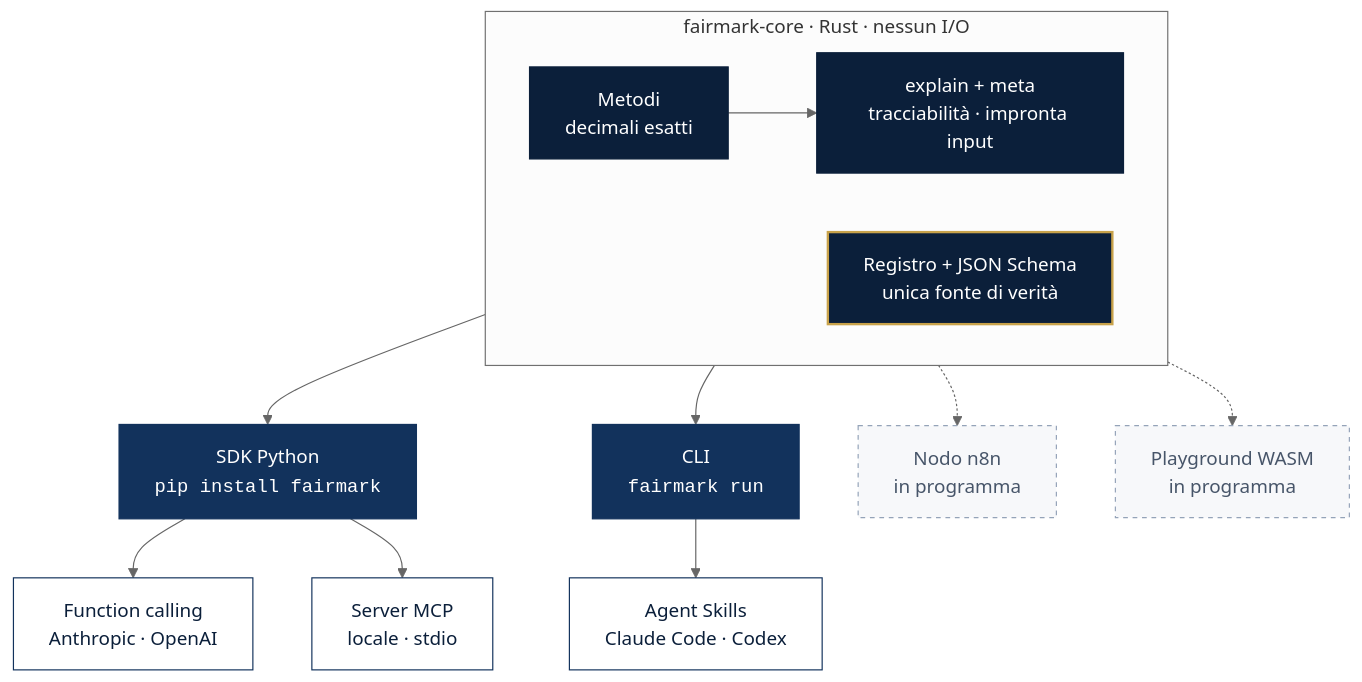
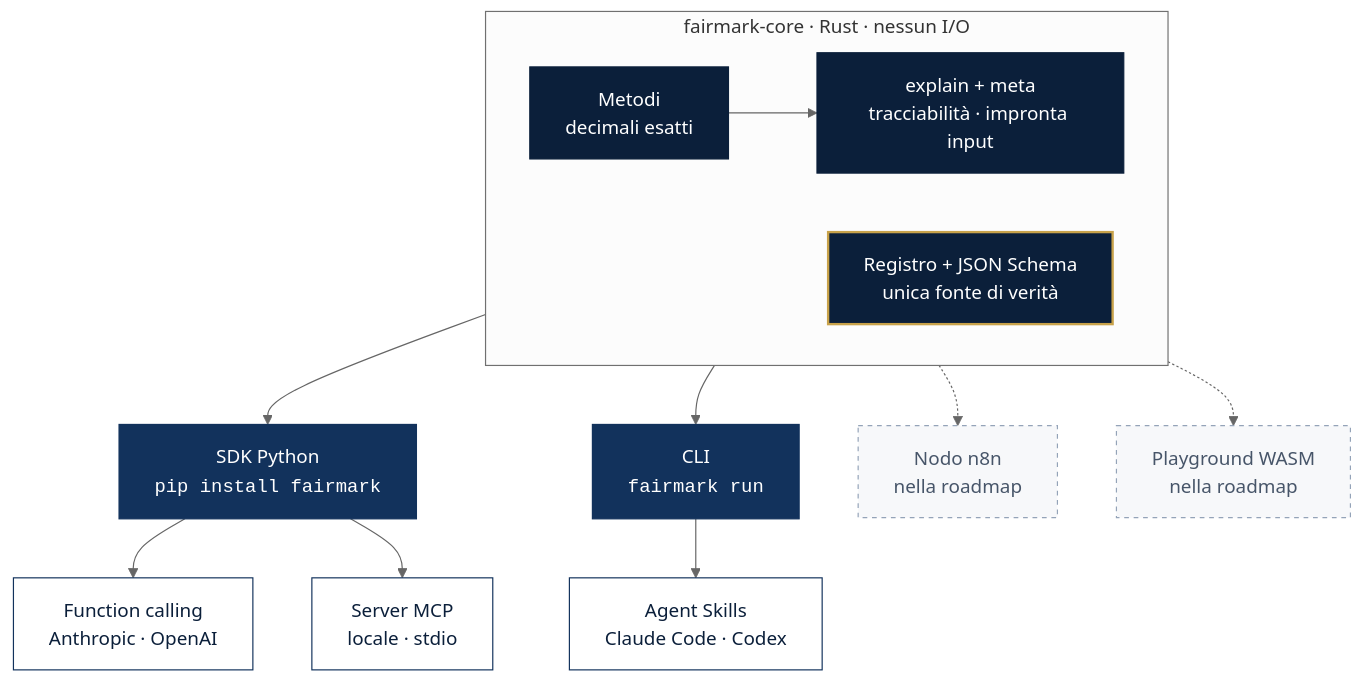
Before and after one commit to salvo8519/fairmark: the second of 2 diagrams in README.it.md, drawn with Mermaid (neutral theme). The commit also changed other lines of this file and 15 other files, not shown here.

````diff
--- a/README.it.md
+++ b/README.it.md
@@ -174,20 +192,20 @@
 ```mermaid
 flowchart TB
     subgraph CORE["fairmark-core · Rust · nessun I/O"]
         direction LR
         M["Metodi<br/>decimali esatti"]:::core --> E["explain + meta<br/>tracciabilità · impronta input"]:::core
         REG["Registro + JSON Schema<br/>unica fonte di verità"]:::gold
     end
     REG --> PY["SDK Python<br/><code>pip install fairmark</code>"]:::adapter
     REG --> CLI["CLI<br/><code>fairmark run</code>"]:::adapter
     PY --> FC["Function calling<br/>Anthropic · OpenAI"]:::agent
     PY --> MCP["Server MCP<br/>locale · stdio"]:::agent
     CLI --> SK["Agent Skills<br/>Claude Code · Codex"]:::agent
-    REG -.-> N8N["Nodo n8n<br/>in programma"]:::planned
-    REG -.-> WASM["Playground WASM<br/>in programma"]:::planned
+    REG -.-> N8N["Nodo n8n<br/>nella roadmap"]:::later
+    REG -.-> WASM["Playground WASM<br/>nella roadmap"]:::later
     classDef core fill:#0B1F3A,stroke:#0B1F3A,color:#FFFFFF
     classDef gold fill:#0B1F3A,stroke:#C8A24A,stroke-width:2px,color:#FFFFFF
     classDef adapter fill:#12325C,stroke:#12325C,color:#FFFFFF
     classDef agent fill:#FFFFFF,stroke:#12325C,color:#0B1F3A
-    classDef planned fill:#F7F8FA,stroke:#94A3B8,color:#475569,stroke-dasharray:4 4
+    classDef later fill:#F7F8FA,stroke:#94A3B8,color:#475569,stroke-dasharray:4 4
 ```
````
